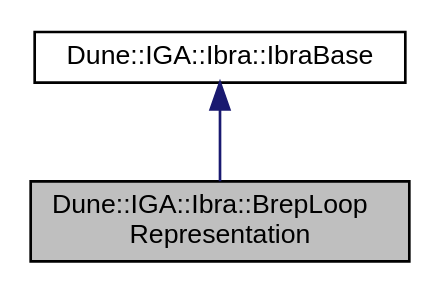
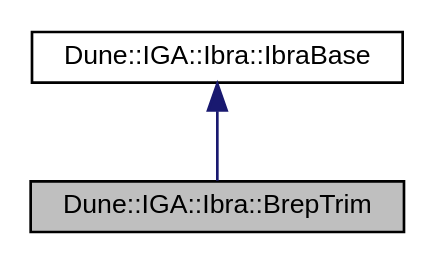
Before and after one commit to rath3t/dune-iga-doc: the diagram in db/d07/a01155.dot, drawn with Graphviz. The commit also changed 818 other files, not shown here.

Commit message:
deploy: rath3t/dune-iga@28a5df5a8fd87d4e8b36d52e9c32c705e1e64a1c

```diff
--- a/db/d07/a01155.dot
+++ b/db/d07/a01155.dot
@@ -1,9 +1,9 @@
-digraph "Dune::IGA::Ibra::BrepLoopRepresentation"
+digraph "Dune::IGA::Ibra::BrepTrim"
 {
  // LATEX_PDF_SIZE
   edge [fontname="Helvetica",fontsize="10",labelfontname="Helvetica",labelfontsize="10"];
   node [fontname="Helvetica",fontsize="10",shape=record];
-  Node1 [label="Dune::IGA::Ibra::BrepLoop\lRepresentation",height=0.2,width=0.4,color="black", fillcolor="grey75", style="filled", fontcolor="black",tooltip=" "];
+  Node1 [label="Dune::IGA::Ibra::BrepTrim",height=0.2,width=0.4,color="black", fillcolor="grey75", style="filled", fontcolor="black",tooltip=" "];
   Node2 -> Node1 [dir="back",color="midnightblue",fontsize="10",style="solid",fontname="Helvetica"];
-  Node2 [label="Dune::IGA::Ibra::IbraBase",height=0.2,width=0.4,color="black", fillcolor="white", style="filled",URL="$dc/d64/a01140.html",tooltip=" "];
+  Node2 [label="Dune::IGA::Ibra::IbraBase",height=0.2,width=0.4,color="black", fillcolor="white", style="filled",URL="$db/d51/a01144.html",tooltip=" "];
 }
```
